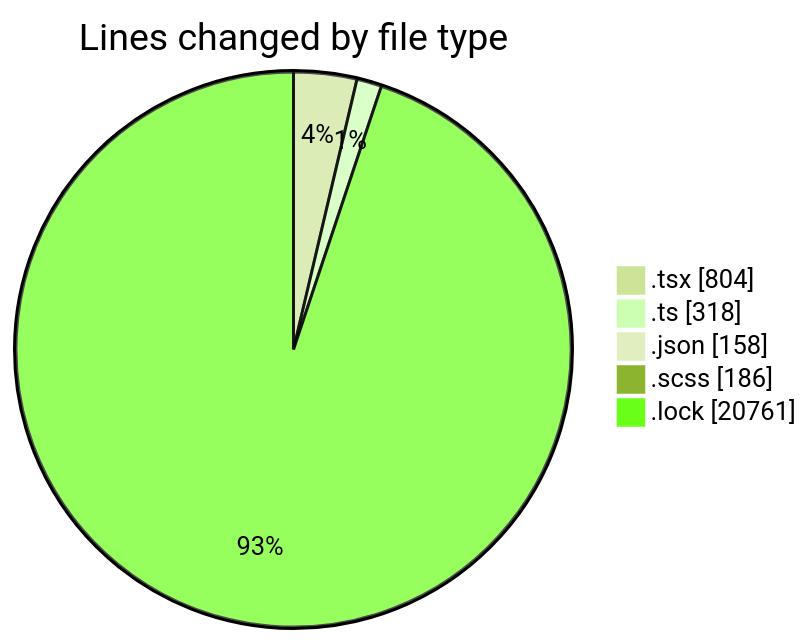
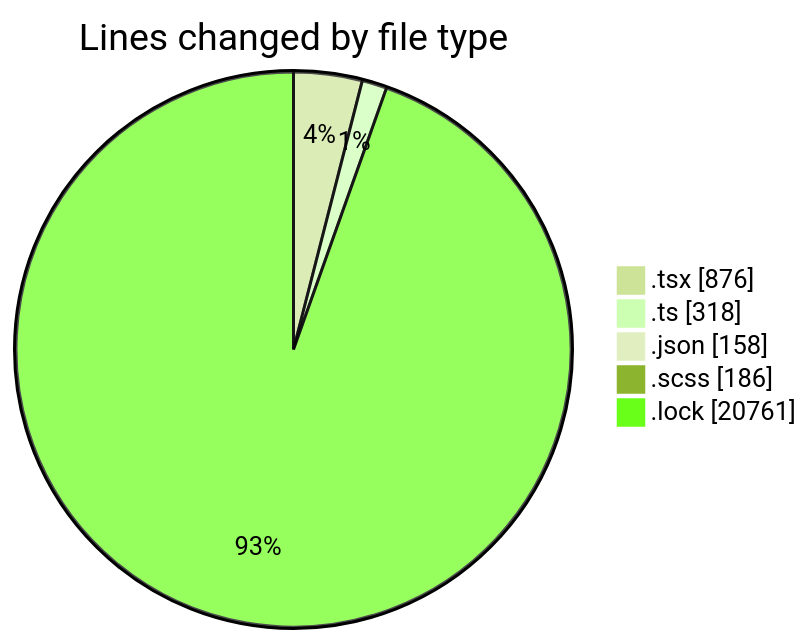
Before and after one commit to momahboobian/code-tracking: the first of 2 diagrams in 2025-04-29/cda/README.md, drawn with Mermaid (forest theme). The commit also changed other lines of this file and 1 other file, not shown here.

````diff
--- a/2025-04-29/cda/README.md
+++ b/2025-04-29/cda/README.md
@@ -37,9 +37,9 @@
 ```mermaid
 pie showData
 title Lines changed by file type
-".tsx" : 804
+".tsx" : 876
 ".ts" : 318
 ".json" : 158
 ".scss" : 186
 ".lock" : 20761
 ```
````
